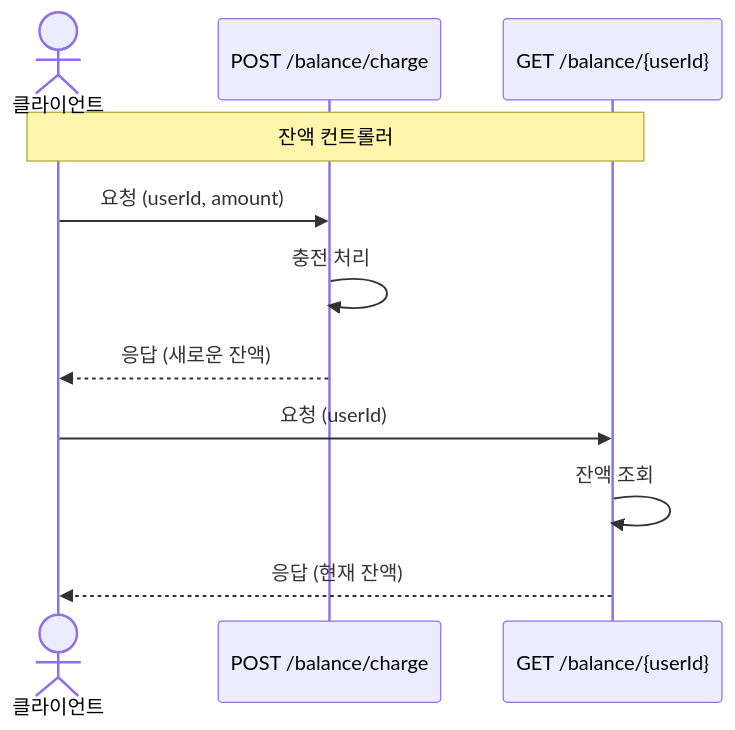
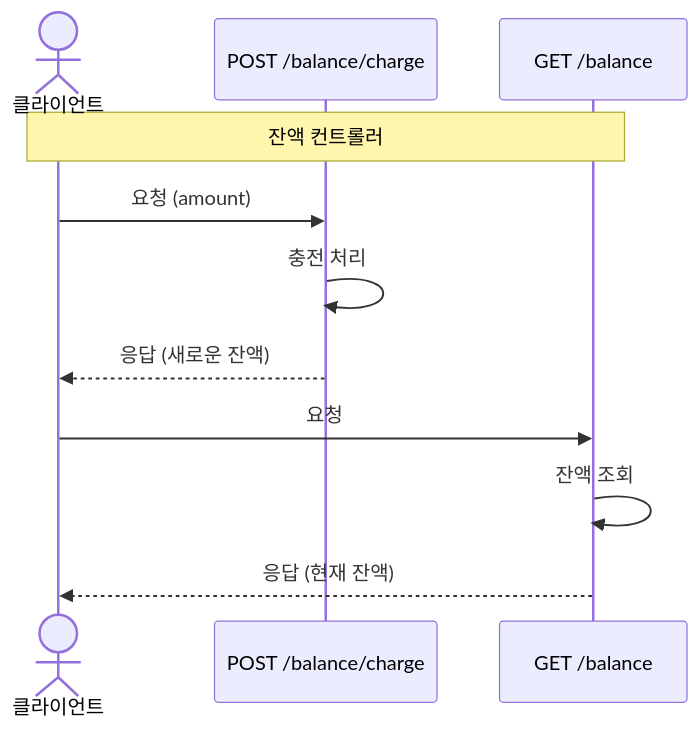
One commit to jimyungkoh/ecommerce-service-server changed the first of 3 diagrams in README.md. Above: the diagram before and after it, drawn with Mermaid. The commit also changed other lines of this file, not shown here.

````diff
--- a/README.md
+++ b/README.md
@@ -44,16 +42,16 @@
 ```mermaid
 sequenceDiagram
      actor 클라이언트
      participant 잔액충전 as POST /balance/charge
-     participant 잔액조회 as GET /balance/{userId}
+     participant 잔액조회 as GET /balance
 
      Note over 클라이언트,잔액조회: 잔액 컨트롤러
 
-     클라이언트->>잔액충전: 요청 (userId, amount)
+     클라이언트->>잔액충전: 요청 (amount)
      잔액충전->>잔액충전: 충전 처리
      잔액충전-->>클라이언트: 응답 (새로운 잔액)
 
-     클라이언트->>잔액조회: 요청 (userId)
+     클라이언트->>잔액조회: 요청
      잔액조회->>잔액조회: 잔액 조회
      잔액조회-->>클라이언트: 응답 (현재 잔액)
 ```
````
